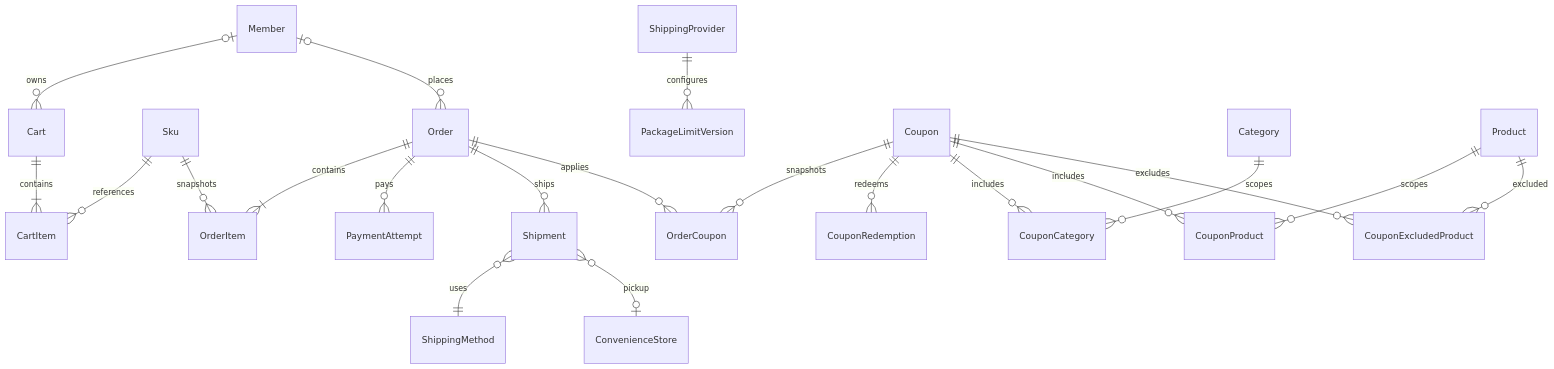
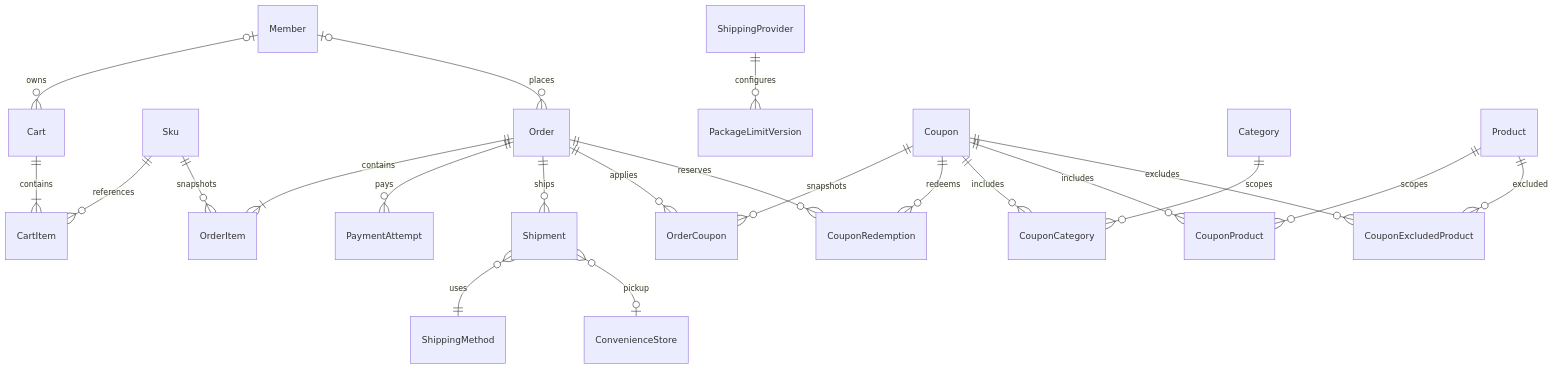
Before and after one commit to FullStackDeveloperSecond/FinalProject: the third of 5 diagrams in FP.sheet/FinalProject/03-架構/資料模型與ERD.md, drawn with Mermaid. The commit also changed other lines of this file and 44 other files, not shown here.

Commit message:
docs: finalize schema handoffs and email setup

````diff
--- a/FP.sheet/FinalProject/03-架構/資料模型與ERD.md
+++ b/FP.sheet/FinalProject/03-架構/資料模型與ERD.md
@@ -64,23 +64,24 @@
 ```mermaid
 erDiagram
     Member o|--o{ Cart : owns
     Cart ||--|{ CartItem : contains
     Sku ||--o{ CartItem : references
     Order ||--|{ OrderItem : contains
     Sku ||--o{ OrderItem : snapshots
     Member o|--o{ Order : places
     Order ||--o{ PaymentAttempt : pays
     Order ||--o{ Shipment : ships
     Shipment }o--|| ShippingMethod : uses
     Shipment }o--o| ConvenienceStore : pickup
     ShippingProvider ||--o{ PackageLimitVersion : configures
     Order ||--o{ OrderCoupon : applies
     Coupon ||--o{ OrderCoupon : snapshots
     Coupon ||--o{ CouponRedemption : redeems
+    Order ||--o{ CouponRedemption : reserves
     Coupon ||--o{ CouponCategory : includes
     Category ||--o{ CouponCategory : scopes
     Coupon ||--o{ CouponProduct : includes
     Product ||--o{ CouponProduct : scopes
     Coupon ||--o{ CouponExcludedProduct : excludes
     Product ||--o{ CouponExcludedProduct : excluded
 ```
````
